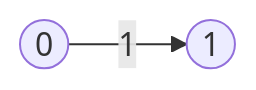
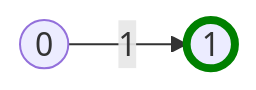
Diagram 14 of 14 in personal-site/content/series/making regex from scratch in GO/07-Branches.md (LeweyM/LeweyM.github.io), drawn with Mermaid before and after one commit. The commit also changed other lines of this file and 2 other files, not shown here.

````diff
--- a/personal-site/content/series/making regex from scratch in GO/07-Branches.md
+++ b/personal-site/content/series/making regex from scratch in GO/07-Branches.md
@@ -937,4 +925,5 @@
 ```mermaid
 graph LR 
 0((0)) --"1"--> 1((1))
+	style 1 stroke:green,stroke-width:4px;
 ```
````
